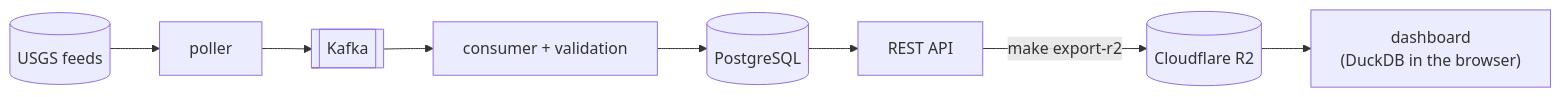
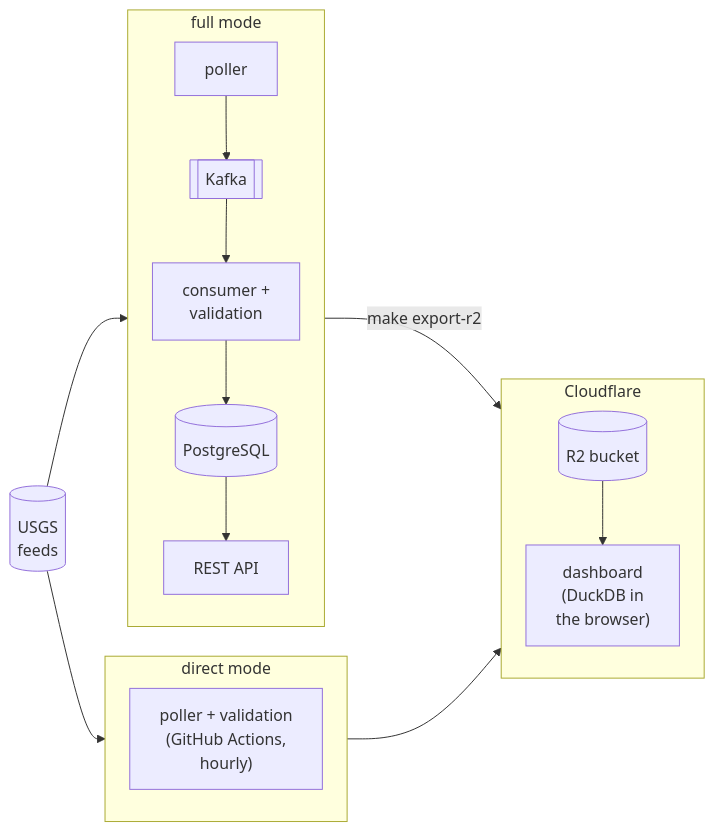
Before and after one commit to dienarvaez1/earth-hub: the first of 2 diagrams in README.md, drawn with Mermaid. The commit also changed other lines of this file and 26 other files, not shown here.

````diff
--- a/README.md
+++ b/README.md
@@ -15,5 +15,22 @@
 ```mermaid
+%%{init: {"flowchart": {"rankSpacing": 40, "nodeSpacing": 30}}}%%
 flowchart LR
-    usgs[("USGS feeds")] --> poller --> kafka[["Kafka"]] --> consumer["consumer + validation"] --> pg[("PostgreSQL")] --> api["REST API"]
-    api -- "make export-r2" --> r2[("Cloudflare R2")] --> dash["dashboard<br/>(DuckDB in the browser)"]
+    usgs[("USGS<br/>feeds")]
+    subgraph full["full mode"]
+        direction TB
+        poller --> kafka[["Kafka"]] --> consumer["consumer +<br/>validation"]
+        consumer --> pg[("PostgreSQL")] --> api["REST API"]
+    end
+    subgraph directmode["direct mode"]
+        direction TB
+        direct["poller + validation<br/>(GitHub Actions,<br/>hourly)"]
+    end
+    subgraph cf["Cloudflare"]
+        direction TB
+        r2[("R2 bucket")] --> dash["dashboard<br/>(DuckDB in<br/>the browser)"]
+    end
+    usgs --> full
+    usgs --> directmode
+    full -- "make export-r2" --> cf
+    directmode --> cf
 ```
````
